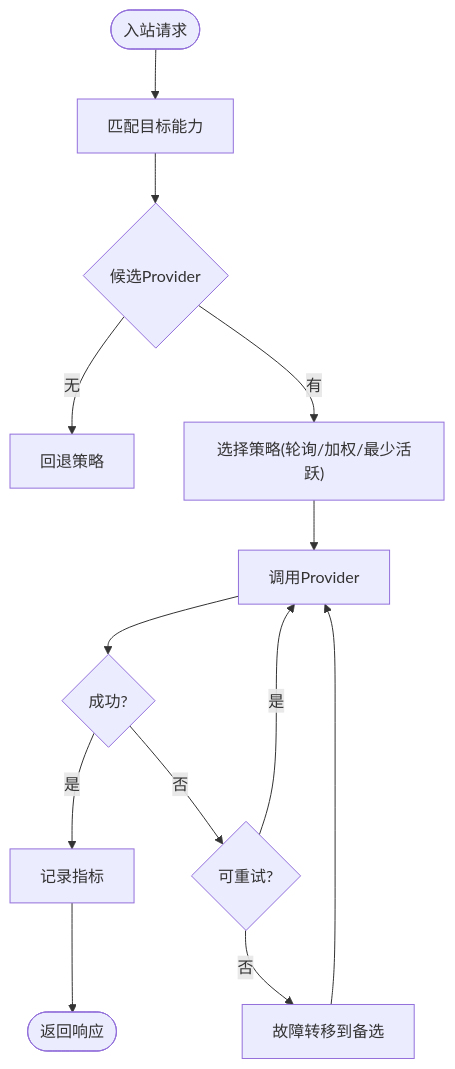
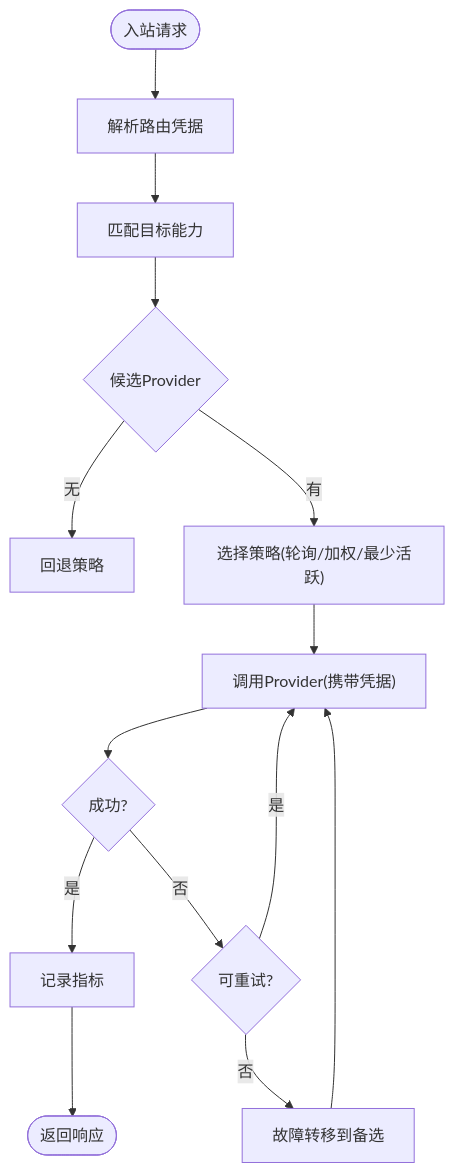
One commit to scottcwy/PurpleInk changed the fifth of 9 diagrams in .qoder/repowiki/zh/content/AI系统集成/Provider架构设计.md. Above: the diagram before and after it, drawn with Mermaid. The commit also changed other lines of this file and 109 other files, not shown here.

````diff
--- a/.qoder/repowiki/zh/content/AI系统集成/Provider架构设计.md
+++ b/.qoder/repowiki/zh/content/AI系统集成/Provider架构设计.md
@@ -244,15 +268,16 @@
 ```mermaid
 flowchart TD
-In(["入站请求"]) --> Match["匹配目标能力"]
+In(["入站请求"]) --> ParseCreds["解析路由凭据"]
+ParseCreds --> Match["匹配目标能力"]
 Match --> Candidates{"候选Provider"}
 Candidates --> |无| Fallback["回退策略"]
 Candidates --> |有| Select["选择策略(轮询/加权/最少活跃)"]
-Select --> Invoke["调用Provider"]
+Select --> Invoke["调用Provider(携带凭据)"]
 Invoke --> Success{"成功?"}
 Success --> |是| Metrics["记录指标"]
 Success --> |否| Retry{"可重试?"}
 Retry --> |是| Invoke
 Retry --> |否| Failover["故障转移到备选"]
 Failover --> Invoke
 Metrics --> Out(["返回响应"])
 ```
````
